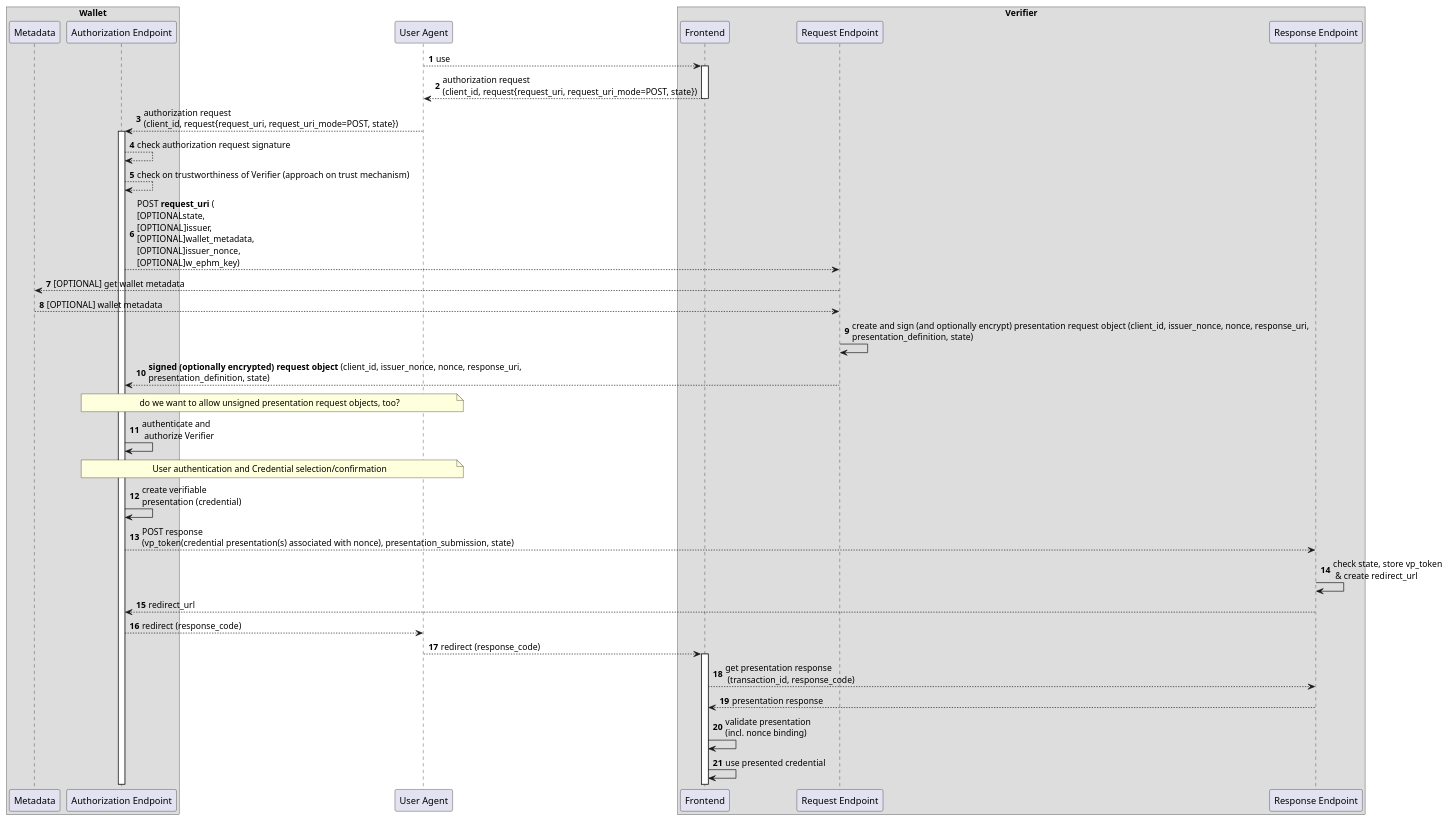
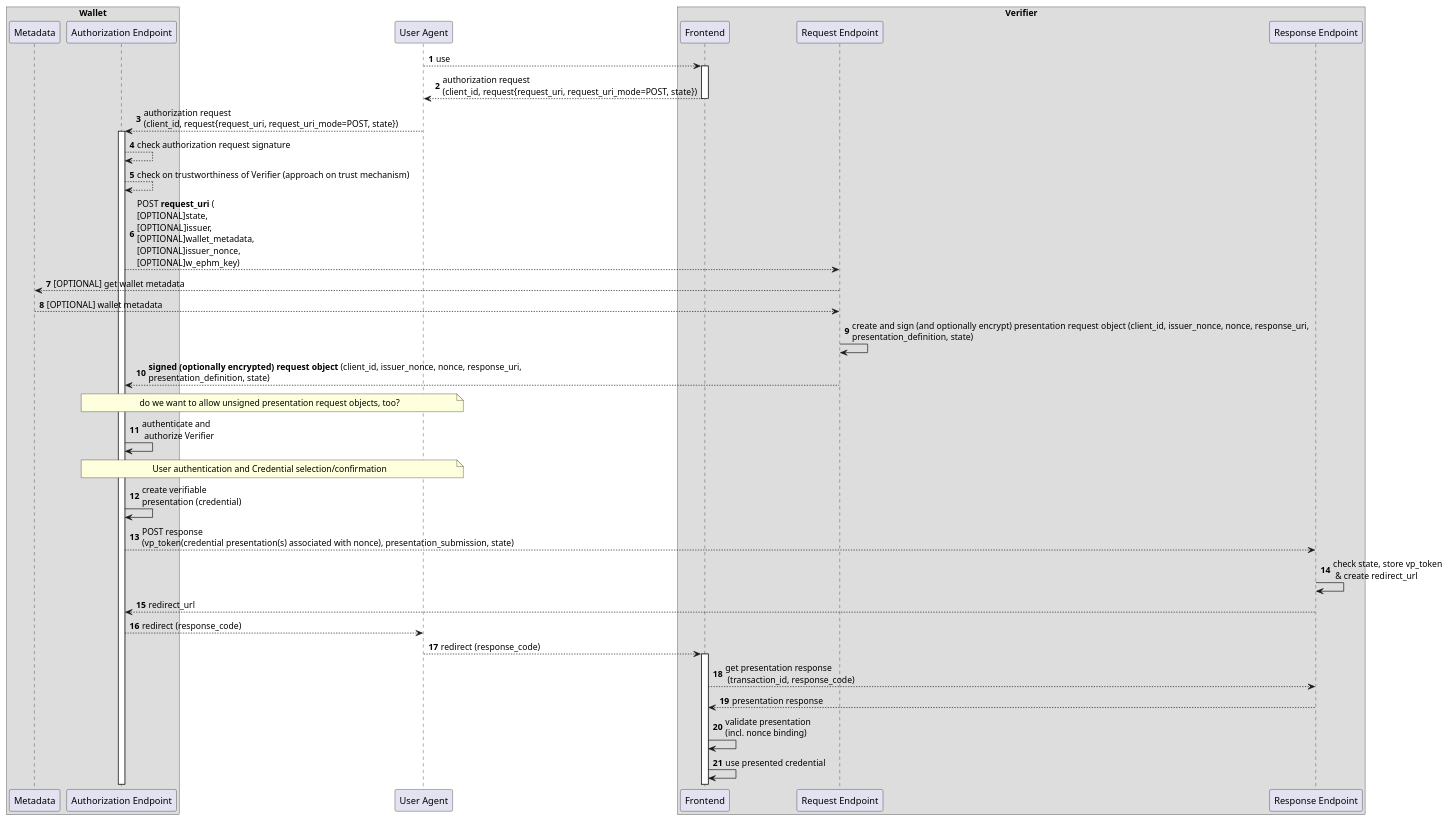
Before and after one commit to openid/OpenID4VP: the diagram in diagrams/request_uri_mode_post.md, drawn with PlantUML.

````diff
--- a/diagrams/request_uri_mode_post.md
+++ b/diagrams/request_uri_mode_post.md
@@ -1,50 +1,50 @@
 ```plantuml
 @startuml
 
 autonumber
 
 box "Wallet"
 participant "Metadata" as wm
 participant "Authorization Endpoint" as w
 end box
 
 participant "User Agent" as u
 
 box "Verifier"
 participant "Frontend" as r
 participant "Request Endpoint" as rp
 participant "Response Endpoint" as rb
 end box
 
 u --> r : use
 activate r
 
 r --> u: authorization request\n(client_id, request{request_uri, request_uri_mode=POST, state})
 deactivate r
 u --> w: authorization request\n(client_id, request{request_uri, request_uri_mode=POST, state})
 activate w
 w --> w: check authorization request signature
 w --> w: check on trustworthiness of Verifier (approach on trust mechanism)
-w --> rp: POST **request_uri** (\n[OPTIONALstate,\n[OPTIONAL]issuer, \n[OPTIONAL]wallet_metadata, \n[OPTIONAL]issuer_nonce, \n[OPTIONAL]w_ephm_key)
+w --> rp: POST **request_uri** (\n[OPTIONAL]state,\n[OPTIONAL]issuer, \n[OPTIONAL]wallet_metadata, \n[OPTIONAL]issuer_nonce, \n[OPTIONAL]w_ephm_key)
 rp --> wm: [OPTIONAL] get wallet metadata
 wm --> rp: [OPTIONAL] wallet metadata
 rp -> rp: create and sign (and optionally encrypt) presentation request object (client_id, issuer_nonce, nonce, response_uri, \npresentation_definition, state)
 rp --> w: **signed (optionally encrypted) request object** (client_id, issuer_nonce, nonce, response_uri, \npresentation_definition, state)
 note over u, w: do we want to allow unsigned presentation request objects, too?
 w -> w: authenticate and\n authorize Verifier
 
 note over u, w: User authentication and Credential selection/confirmation
 
 w -> w: create verifiable\npresentation (credential)
 w --> rb: POST response \n(vp_token(credential presentation(s) associated with nonce), presentation_submission, state)
 rb -> rb: check state, store vp_token\n & create redirect_url
 rb --> w: redirect_url
 w --> u: redirect (response_code)
 u --> r: redirect (response_code)
 activate r
 r --> rb: get presentation response\n (transaction_id, response_code)
 rb --> r: presentation response
 r -> r: validate presentation \n(incl. nonce binding)
 r -> r: use presented credential 
 @enduml
 ```
````
